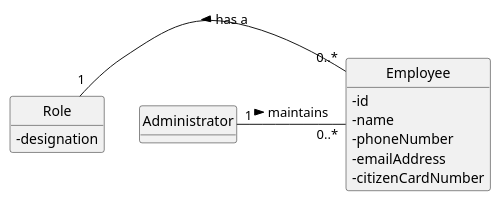
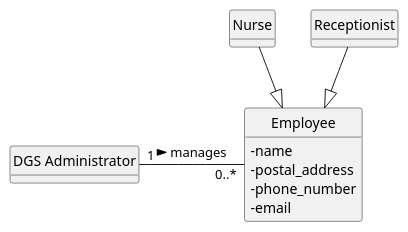
The diagram in project-template/docs/sprint2/US15/puml/US15-MD.puml (afonso51111/leti-esoft-25-26-A33), drawn with PlantUML before and after one commit. The commit also changed 8 other files, not shown here.

```diff
--- a/project-template/docs/sprint2/US15/puml/US15-MD.puml
+++ b/project-template/docs/sprint2/US15/puml/US15-MD.puml
@@ -1,25 +1,27 @@
 @startuml US15_DomainModel
 skinparam classAttributeIconSize 0
 hide circle
 hide methods
 
-class Administrator {
+class "DGS Administrator" {
 }
 
 class Employee {
-    - id
     - name
-    - phoneNumber
-    - emailAddress
-    - citizenCardNumber
+    - postal_address
+    - phone_number
+    - email
 }
 
-class Role {
-    - designation
+class Nurse {
 }
 
-Administrator "1" -right-- "0..*" Employee : maintains >
+class Receptionist {
+}
 
-Employee "0..*" -left-- "1" Role : has a >
+"DGS Administrator" "1" -right-- "0..*" Employee : manages >
+
+Nurse --|> Employee
+Receptionist --|> Employee
 
 @enduml
```
